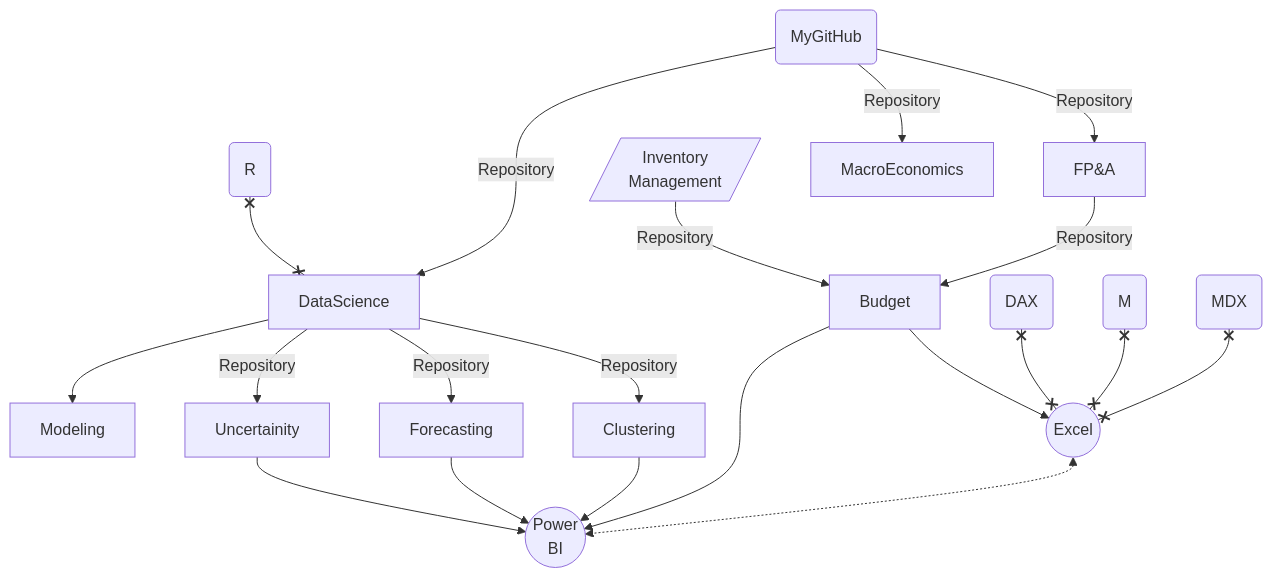
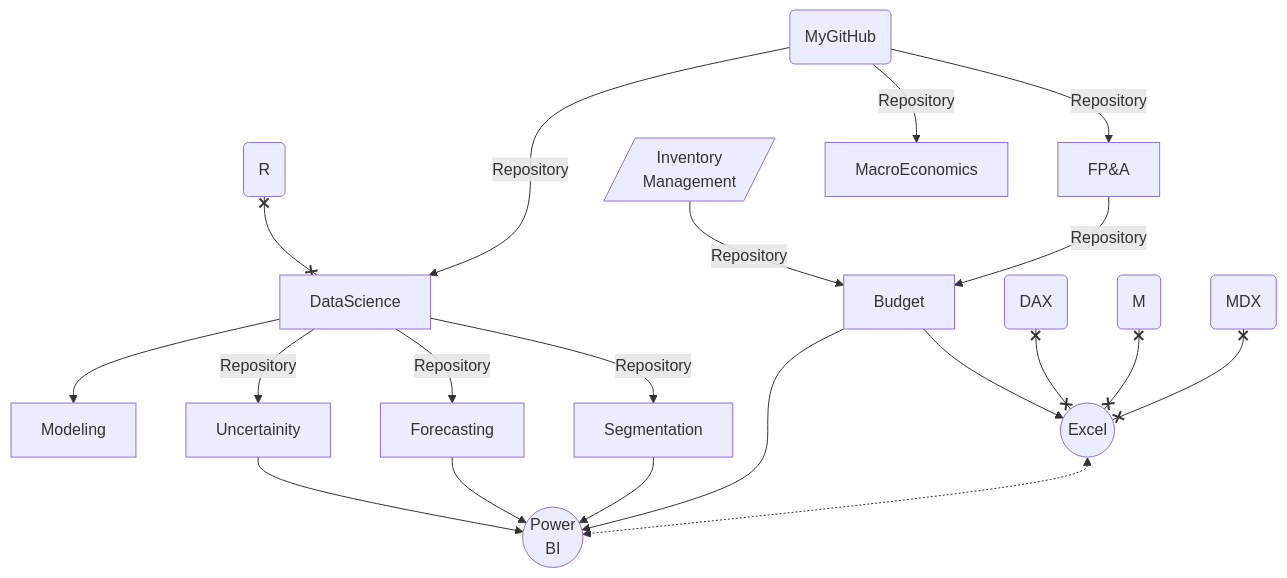
One commit to md3629/md3629 changed the diagram in README.md. Above: the diagram before and after it, drawn with Mermaid.

````diff
--- a/README.md
+++ b/README.md
@@ -9,23 +9,23 @@
 ```mermaid
 graph TD;
     my(MyGitHub)-->|Repository|FP&A;
     Inv[/Inventory<br>Management/]-->|Repository|Budget;
     FP&A-->|Repository|Budget;
     R( R )x--xDataScience;
     my(MyGitHub)-->|Repository|DataScience;
     my(MyGitHub)-->|Repository|MacroEconomics;
     DataScience-->Modeling;
     DataScience--Repository-->Forecasting;
-    DataScience--Repository-->Clustering;
+    DataScience--Repository-->Segmentation;
     DataScience--Repository-->Uncertainity;
     Uncertainity-->P((Power<br>BI));
     Forecasting-->P((Power<br>BI));
-    Clustering-->P((Power<br>BI));
+    Segmentation-->P((Power<br>BI));
     Budget-->P((Power<br>BI));
     Budget-->E((Excel));
     D(DAX)x--xE((Excel));
     M(M)x--xE((Excel));
     E((Excel))<-.->P((Power<br>BI));
     A(MDX)x--xE((Excel));
 
 ```
````
